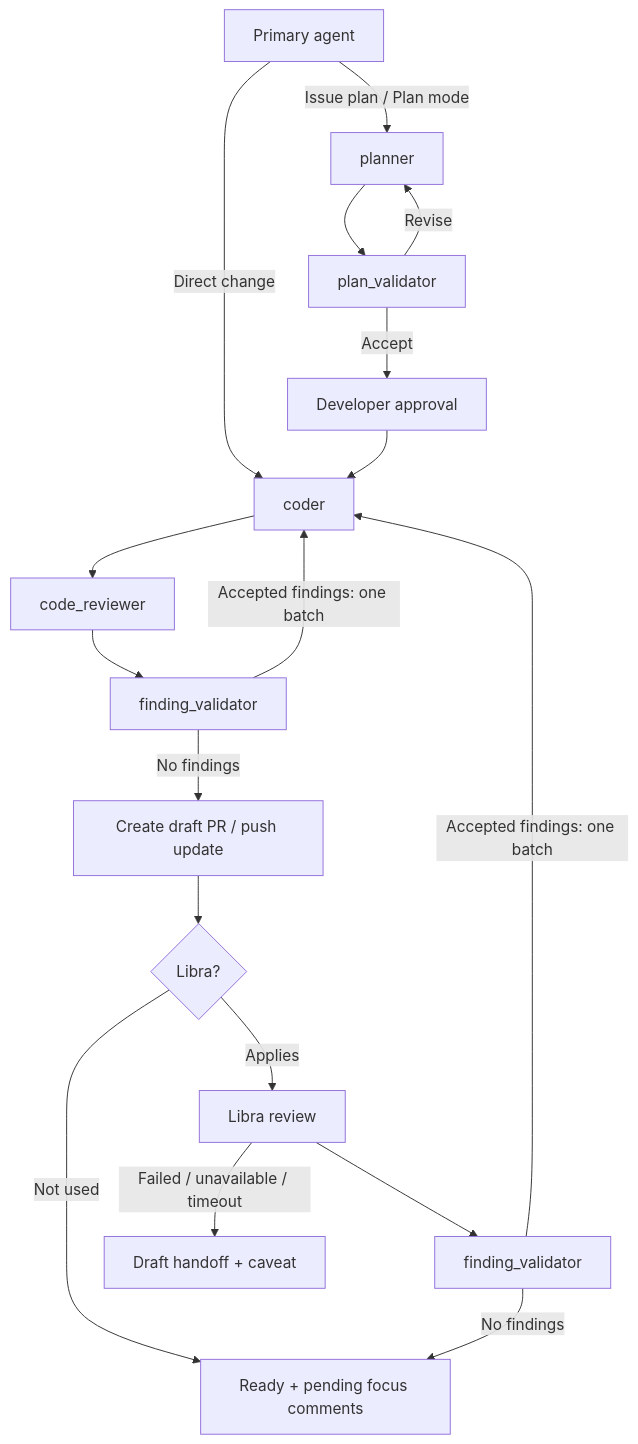
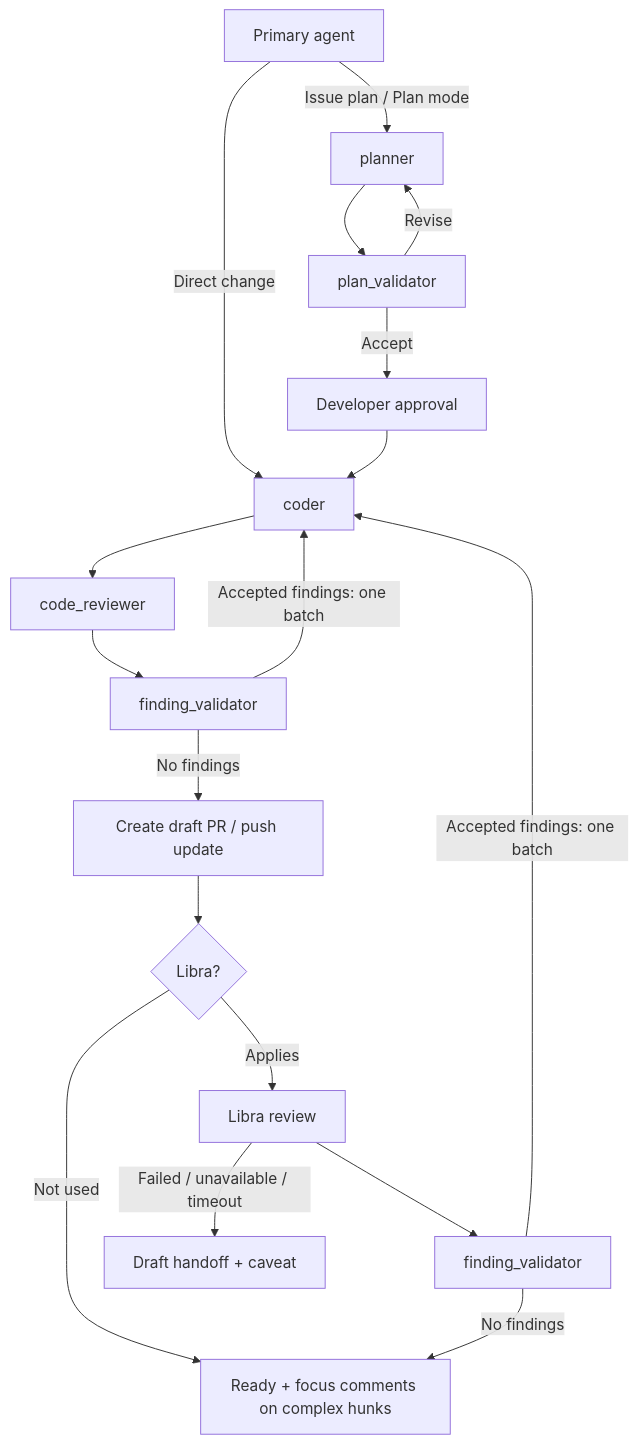
The diagram in README.md (Ikuni17/agent-config), drawn with Mermaid before and after one commit. The commit also changed other lines of this file and 1 other file, not shown here.

Commit message:
Limit PR focus comments to complex logic and fix their shape (#7)
* Limit PR focus comments to complex logic and fix their shape

Replace the "Pending focus comments and handoff" step that asked for
"meaningful areas" with rules that add a comment only for hunks with
complex logic, give an all-simple PR none, and fix each comment to a
three-sentence ASD-STE100 shape with a worked example. Update the README
flowchart and Libra paragraph to match.

* Rewrite focus-comment steps as short bullets

Split each long step into a numbered line with short nested bullets, and
split the README summary sentence the same way.

* Cut focus-comment steps to ten lines

Replace the nested-bullet section with ten one-line steps so agents get
one decisive test and one comment shape instead of enumerated cases.

* simplify focus comments

---------

````diff
--- a/README.md
+++ b/README.md
@@ -25,19 +25,19 @@
 ```mermaid
 flowchart TD
     Main[Primary agent] -->|Issue plan / Plan mode| Planner[planner]
     Main -->|Direct change| Coder[coder]
     Planner --> PlanCheck[plan_validator]
     PlanCheck -->|Revise| Planner
     PlanCheck -->|Accept| Approval[Developer approval]
     Approval --> Coder
     Coder --> Review[code_reviewer] --> LocalCheck[finding_validator]
     LocalCheck -->|Accepted findings: one batch| Coder
     LocalCheck -->|No findings| PR[Create draft PR / push update]
     PR --> UseLibra{Libra?}
-    UseLibra -->|Not used| Ready[Ready + pending focus comments]
+    UseLibra -->|Not used| Ready[Ready + focus comments on complex hunks]
     UseLibra -->|Applies| Libra[Libra review]
     Libra --> LibraCheck[finding_validator]
     LibraCheck -->|Accepted findings: one batch| Coder
     LibraCheck -->|No findings| Ready
     Libra -->|Failed / unavailable / timeout| Draft[Draft handoff + caveat]
 ```
````
